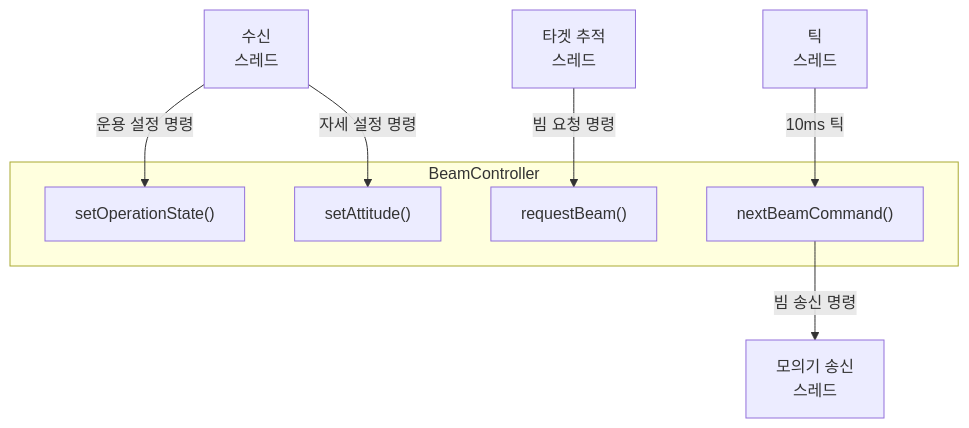
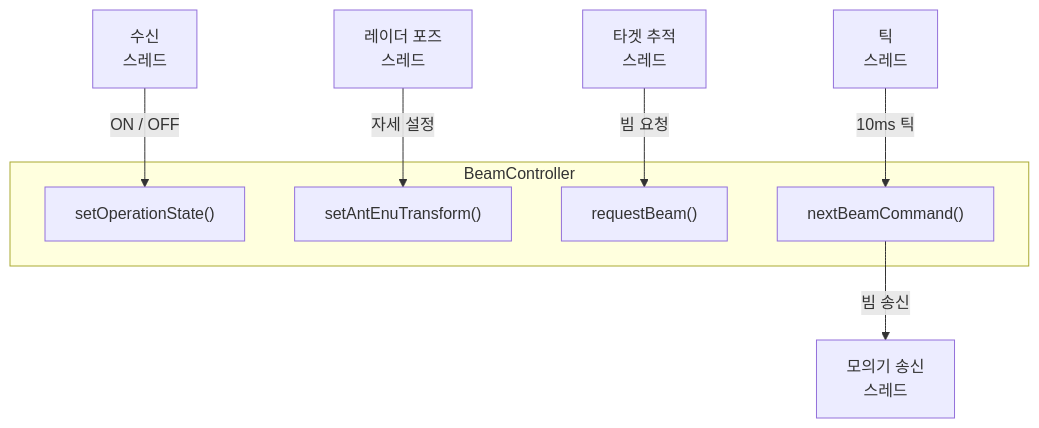
Before and after one commit to AESAlien/aesa-processor: the first of 2 diagrams in src/beam/README.md, drawn with Mermaid. The commit also changed other lines of this file and 81 other files, not shown here.

First line of the commit message:
feat: 레이더 포즈 처리를 pose 모듈로 통합

````diff
--- a/src/beam/README.md
+++ b/src/beam/README.md
@@ -5,20 +5,21 @@
 ```mermaid
 flowchart TB
     CommReceiveWorker[수신<br/>스레드]
+    PoseWorker[레이더 포즈<br/>스레드]
     TargetWorker[타겟 추적<br/>스레드]
     TickWorker[틱<br/>스레드]
     SimulatorSendWorker[모의기 송신<br/>스레드]
 
     subgraph BeamController
         setOperationState["setOperationState()"]
-        setAttitude["setAttitude()"]
+        setAntEnuTransform["setAntEnuTransform()"]
         requestBeam["requestBeam()"]
         nextBeamCommand["nextBeamCommand()"]
     end
 
-    CommReceiveWorker -->|운용 설정 명령| setOperationState
-    CommReceiveWorker -->|자세 설정 명령| setAttitude
-    TargetWorker -->|빔 요청 명령| requestBeam
+    CommReceiveWorker -->|ON / OFF| setOperationState
+    PoseWorker -->|자세 설정| setAntEnuTransform
+    TargetWorker -->|빔 요청| requestBeam
     TickWorker -->|10ms 틱| nextBeamCommand
-    nextBeamCommand -->|빔 송신 명령| SimulatorSendWorker
+    nextBeamCommand -->|빔 송신| SimulatorSendWorker
 ```
````
